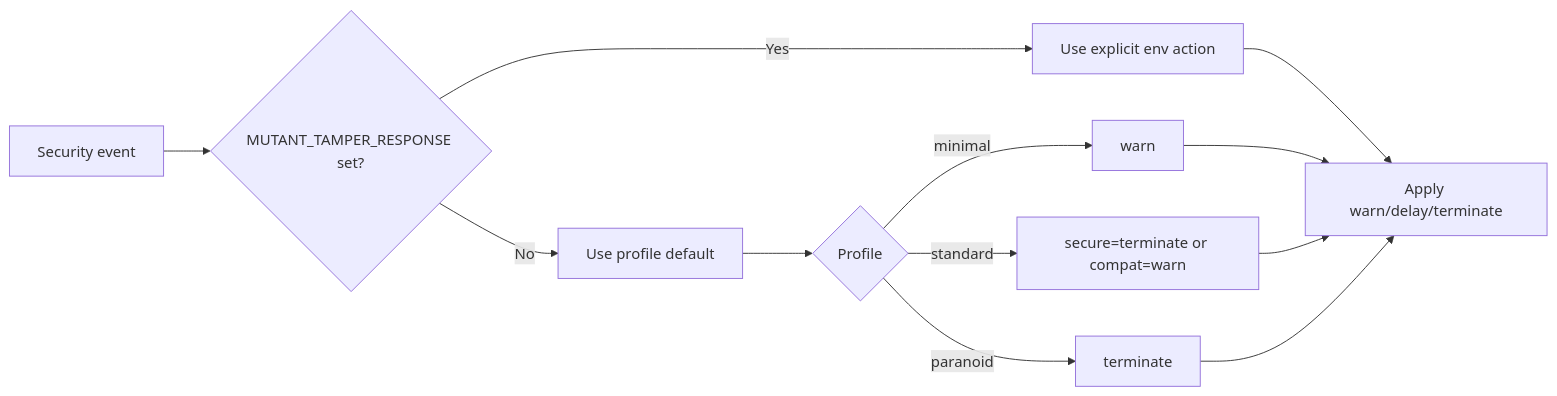
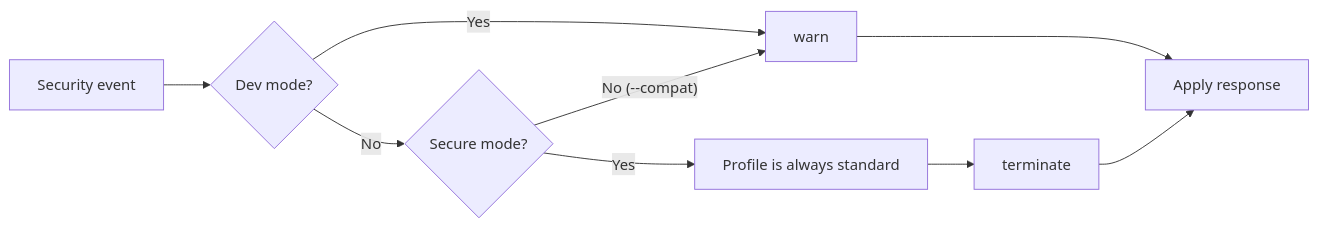
Before and after one commit to aoiflux/mutant: the second of 8 diagrams in docs/SECURITY_DIAGRAMS.md, drawn with Mermaid. The commit also changed other lines of this file and 37 other files, not shown here.

````diff
--- a/docs/SECURITY_DIAGRAMS.md
+++ b/docs/SECURITY_DIAGRAMS.md
@@ -34,14 +34,11 @@
 ```mermaid
 flowchart LR
-    A[Security event] --> B{MUTANT_TAMPER_RESPONSE set?}
-    B -->|Yes| C[Use explicit env action]
-    B -->|No| D[Use profile default]
-    D --> E{Profile}
-    E -->|minimal| F[warn]
-    E -->|standard| G[secure=terminate or compat=warn]
-    E -->|paranoid| H[terminate]
-    C --> I[Apply warn/delay/terminate]
-    F --> I
-    G --> I
-    H --> I
+    A[Security event] --> B{Dev mode?}
+    B -->|Yes| C[warn]
+    B -->|No| D{Secure mode?}
+    D -->|"No (--compat)"| C
+    D -->|Yes| E[Profile is always standard]
+    E --> F[terminate]
+    C --> G[Apply response]
+    F --> G
 ```
````
